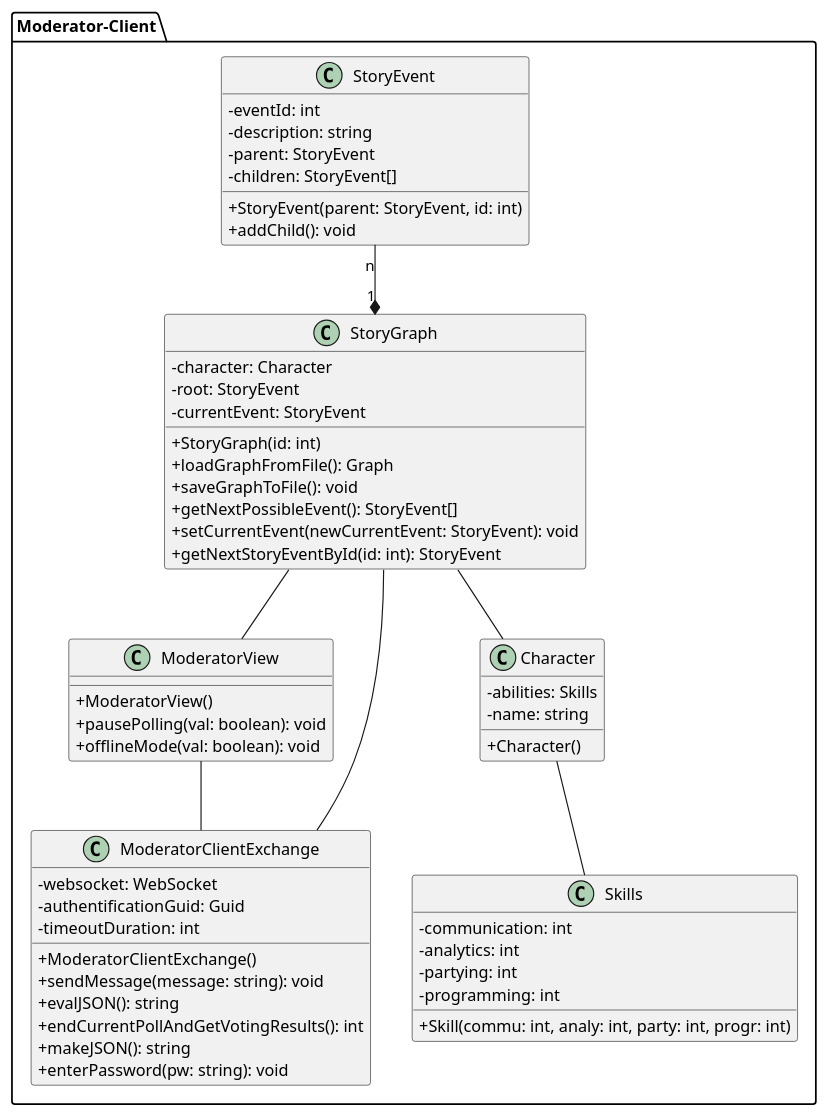
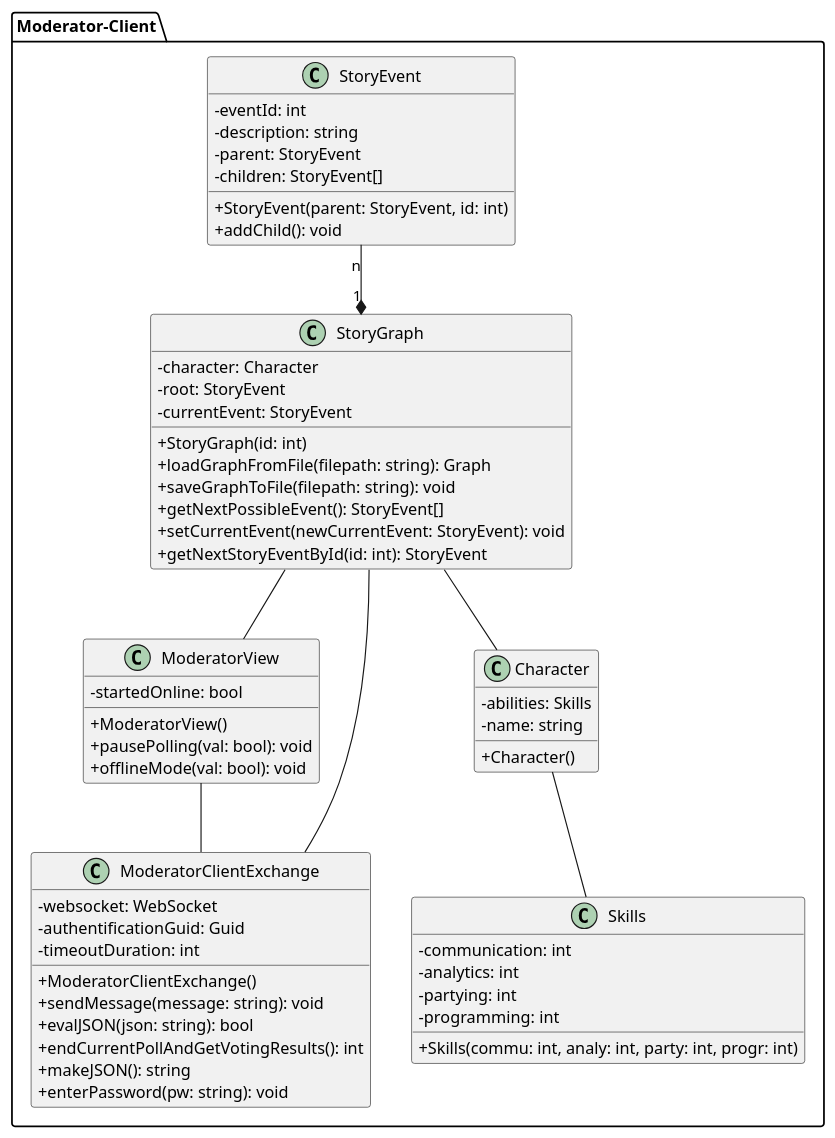
One commit to Brotenko/QualityQuest changed the diagram in Docs/Technical Specifications/docs/diagrams/ClassDiagrams/ModeratorClientClassDiagram.puml. Above: the diagram before and after it, drawn with PlantUML. The commit also changed 1 other file, not shown here.

```diff
--- a/Docs/Technical Specifications/docs/diagrams/ClassDiagrams/ModeratorClientClassDiagram.puml
+++ b/Docs/Technical Specifications/docs/diagrams/ClassDiagrams/ModeratorClientClassDiagram.puml
@@ -1,68 +1,69 @@
 @startuml
 
 skinparam classAttributeIconSize 0
 
 package "Moderator-Client" {
 
   class StoryEvent {
     {field} -eventId: int
     {field} -description: string
     {field} -parent: StoryEvent
     {field} -children: StoryEvent[]
     {method} +StoryEvent(parent: StoryEvent, id: int)
     {method} +addChild(): void
   }
 
   class StoryGraph {
     {field} -character: Character
     {field} -root: StoryEvent
     {field} -currentEvent: StoryEvent
     {method} +StoryGraph(id: int)
-    {method} +loadGraphFromFile(): Graph
-    {method} +saveGraphToFile(): void
+    {method} +loadGraphFromFile(filepath: string): Graph
+    {method} +saveGraphToFile(filepath: string): void
     {method} +getNextPossibleEvent(): StoryEvent[]
     {method} +setCurrentEvent(newCurrentEvent: StoryEvent): void
     {method} +getNextStoryEventById(id: int): StoryEvent
   }
 
   class "ModeratorView" as mf {
+    {field} -startedOnline: bool
     {method} +ModeratorView()
-    {method} +pausePolling(val: boolean): void
-    {method} +offlineMode(val: boolean): void
+    {method} +pausePolling(val: bool): void
+    {method} +offlineMode(val: bool): void
   }
 
   class "ModeratorClientExchange" as mcei{
     {field} -websocket: WebSocket
     {field} -authentificationGuid: Guid
     {field} -timeoutDuration: int
     {method} +ModeratorClientExchange()
     {method} +sendMessage(message: string): void
-    {method} +evalJSON(): string
+    {method} +evalJSON(json: string): bool
     {method} +endCurrentPollAndGetVotingResults(): int
     {method} +makeJSON(): string
     {method} +enterPassword(pw: string): void
   }
 
   class Skills {
     {field} -communication: int
     {field} -analytics: int
     {field} -partying: int
     {field} -programming: int
-    {method} + Skill(commu: int, analy: int, party: int, progr: int)
+    {method} + Skills(commu: int, analy: int, party: int, progr: int)
   }
 
   class Character {
     {field} -abilities: Skills
     {field} -name: string
     {method} +Character()
   }
   
   StoryEvent "n" --* "1" StoryGraph
   StoryGraph -- mf
   StoryGraph -- Character
   Character -- Skills
   mf -- mcei
   StoryGraph --- mcei
 }
 
 @enduml
```
